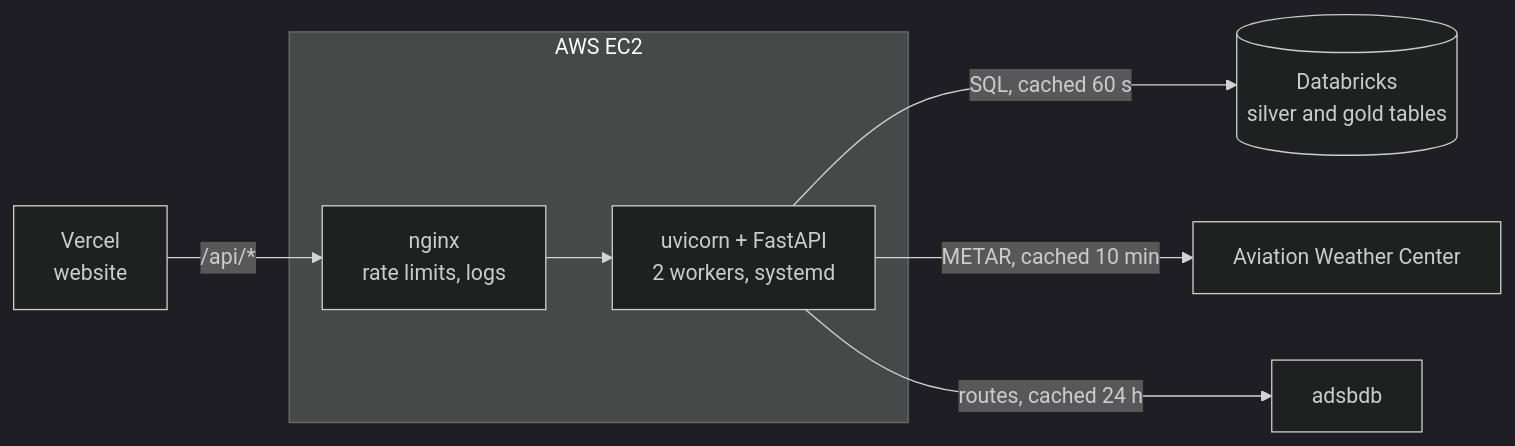
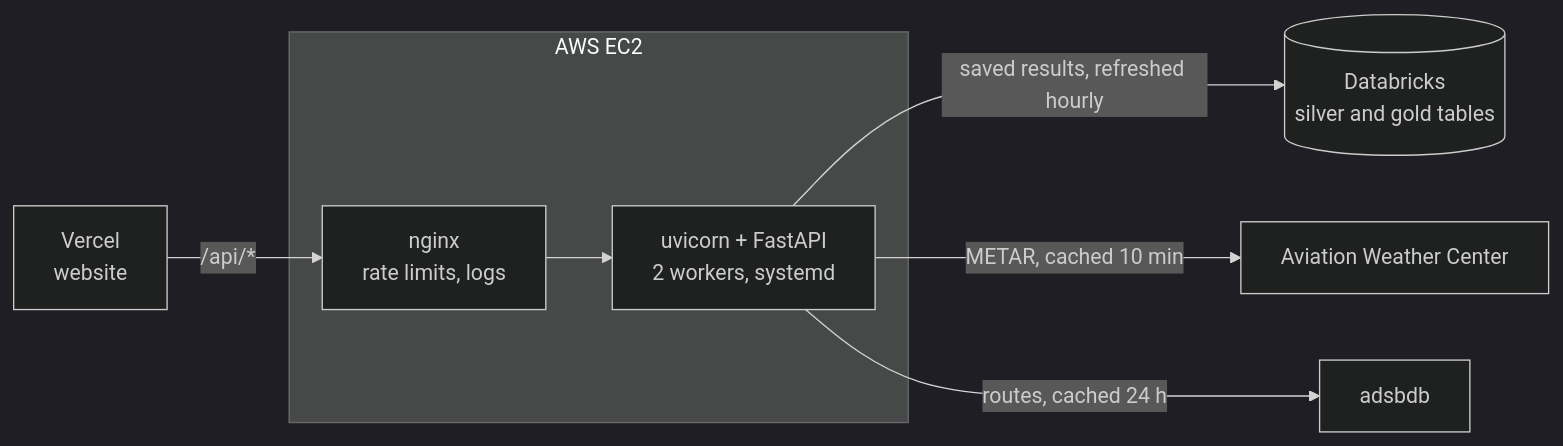
Before and after one commit to MUMBA-Amos/flightpulse-api: the diagram in README.md, drawn with Mermaid (dark theme). The commit also changed other lines of this file, not shown here.

````diff
--- a/README.md
+++ b/README.md
@@ -9,12 +9,12 @@
 ```mermaid
 flowchart LR
     V[Vercel<br/>website] -- /api/* --> N
 
     subgraph EC2 [AWS EC2]
         N[nginx<br/>rate limits, logs] --> U[uvicorn + FastAPI<br/>2 workers, systemd]
     end
 
-    U -- SQL, cached 60 s --> DB[(Databricks<br/>silver and gold tables)]
+    U -- saved results, refreshed hourly --> DB[(Databricks<br/>silver and gold tables)]
     U -- METAR, cached 10 min --> AWC[Aviation Weather Center]
     U -- routes, cached 24 h --> ADS[adsbdb]
 ```
````
